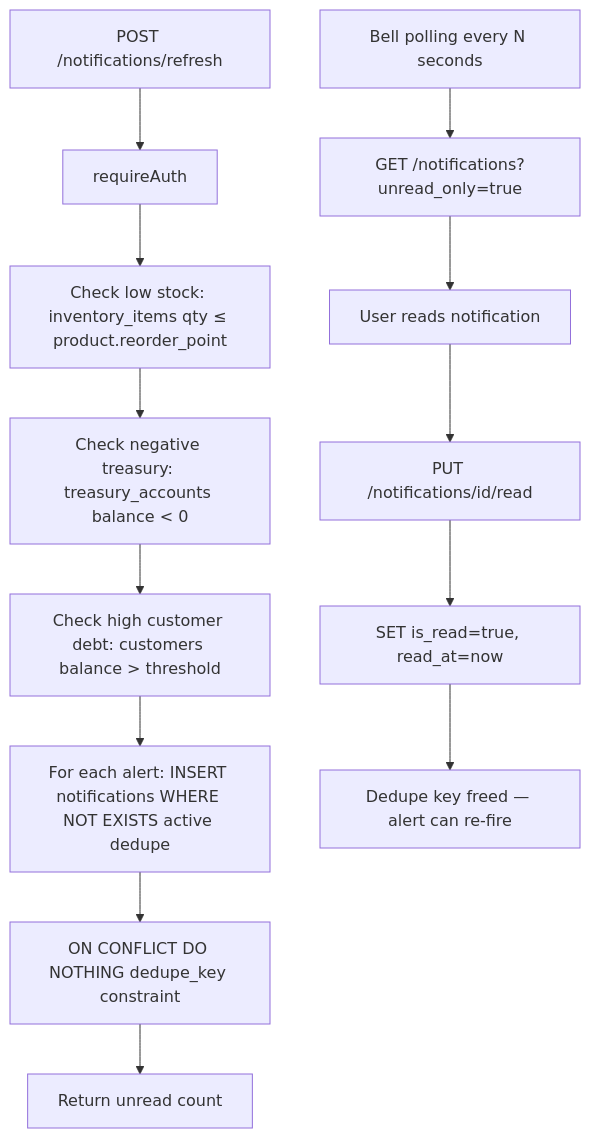
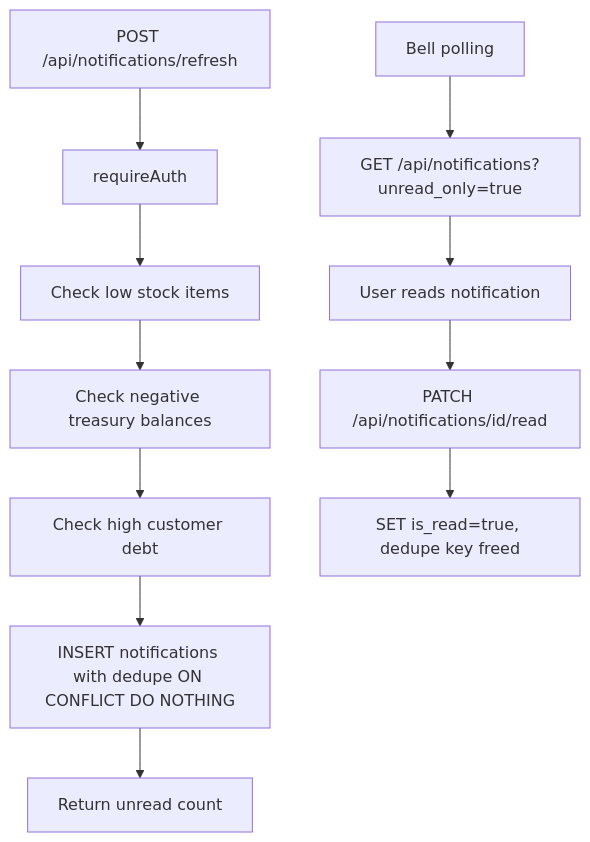
Diagram 11 of 11 in documentation/Code-Flow.md (alydesouki/ERP), drawn with Mermaid before and after one commit. The commit also changed other lines of this file and 10 other files, not shown here.

````diff
--- a/documentation/Code-Flow.md
+++ b/documentation/Code-Flow.md
@@ -215,16 +299,14 @@
 ```mermaid
 flowchart TD
-    A[POST /notifications/refresh] --> B[requireAuth]
-    B --> C[Check low stock: inventory_items qty ≤ product.reorder_point]
-    C --> D[Check negative treasury: treasury_accounts balance < 0]
-    D --> E[Check high customer debt: customers balance > threshold]
-    E --> F[For each alert: INSERT notifications WHERE NOT EXISTS active dedupe]
-    F --> G[ON CONFLICT DO NOTHING dedupe_key constraint]
-    G --> H[Return unread count]
+    A[POST /api/notifications/refresh] --> B[requireAuth]
+    B --> C[Check low stock items]
+    C --> D[Check negative treasury balances]
+    D --> E[Check high customer debt]
+    E --> F[INSERT notifications with dedupe ON CONFLICT DO NOTHING]
+    F --> G[Return unread count]
     
-    I[Bell polling every N seconds] --> J[GET /notifications?unread_only=true]
-    J --> K[User reads notification]
-    K --> L[PUT /notifications/id/read]
-    L --> M[SET is_read=true, read_at=now]
-    M --> N[Dedupe key freed — alert can re-fire]
+    H[Bell polling] --> I[GET /api/notifications?unread_only=true]
+    I --> J[User reads notification]
+    J --> K[PATCH /api/notifications/id/read]
+    K --> L[SET is_read=true, dedupe key freed]
 ```
````
